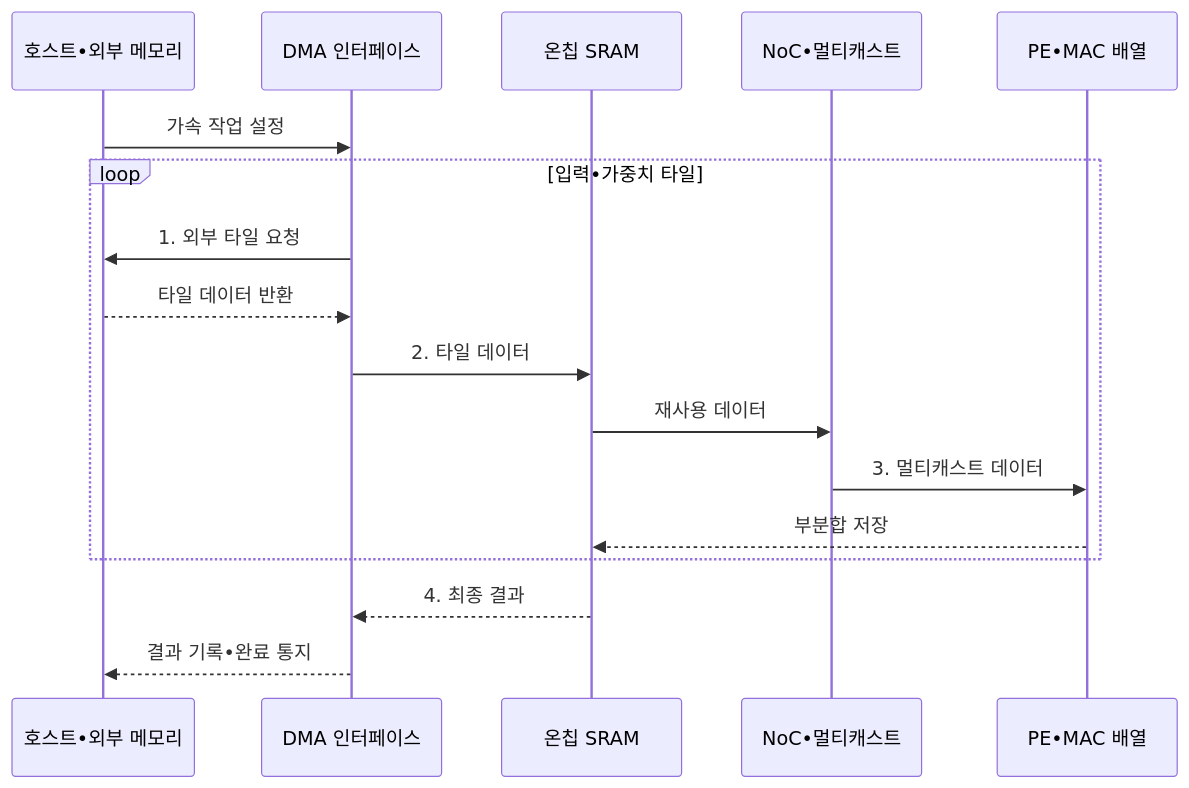
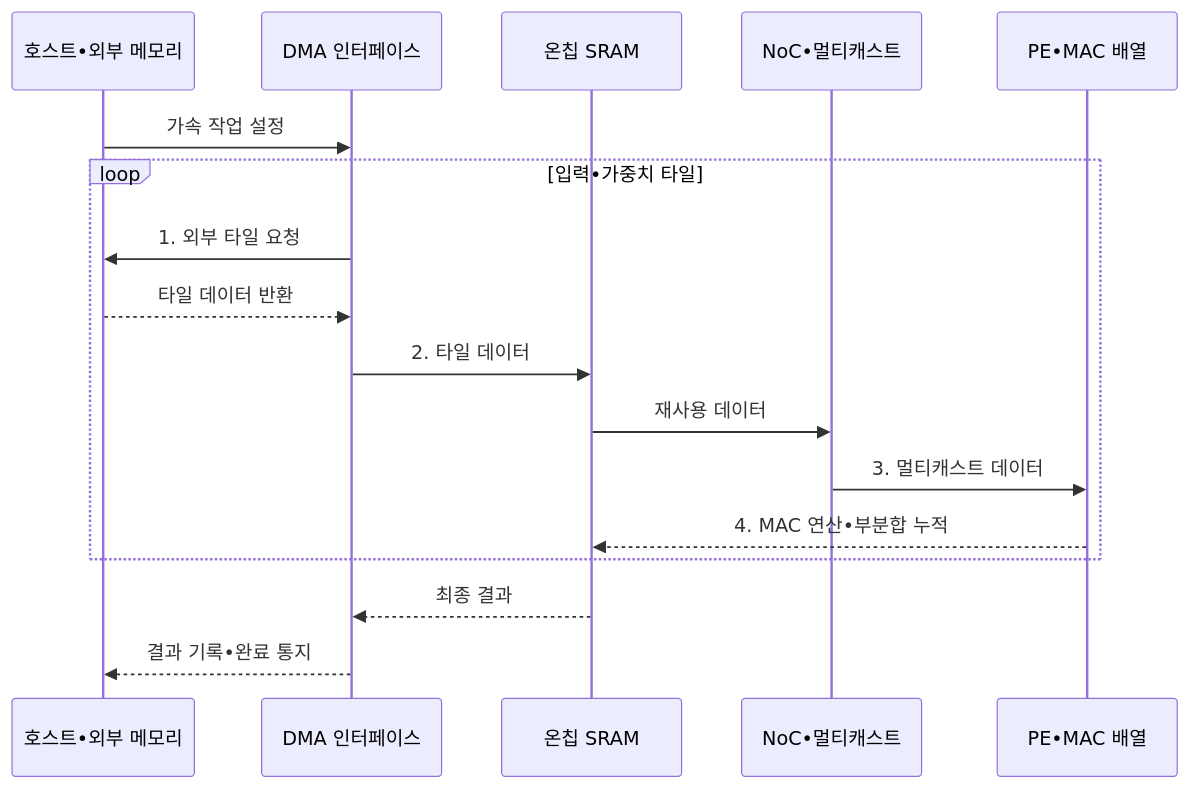
The second of 2 diagrams in src/content/docs/notes/02-hardware/040_asic_ai_acceleration.md (agnusdei1207/knowledge-base), drawn with Mermaid before and after one commit. The commit also changed other lines of this file and 9 other files, not shown here.

````diff
--- a/src/content/docs/notes/02-hardware/040_asic_ai_acceleration.md
+++ b/src/content/docs/notes/02-hardware/040_asic_ai_acceleration.md
@@ -108,20 +108,20 @@
 ```mermaid
 sequenceDiagram
     participant H as 호스트•외부 메모리
     participant D as DMA 인터페이스
     participant S as 온칩 SRAM
     participant N as NoC•멀티캐스트
     participant P as PE•MAC 배열
 
     H->>D: 가속 작업 설정
     loop 입력•가중치 타일
         D->>H: 1. 외부 타일 요청
         H-->>D: 타일 데이터 반환
         D->>S: 2. 타일 데이터
         S->>N: 재사용 데이터
         N->>P: 3. 멀티캐스트 데이터
-        P-->>S: 부분합 저장
+        P-->>S: 4. MAC 연산•부분합 누적
     end
-    S-->>D: 4. 최종 결과
+    S-->>D: 최종 결과
     D-->>H: 결과 기록•완료 통지
 ```
````
